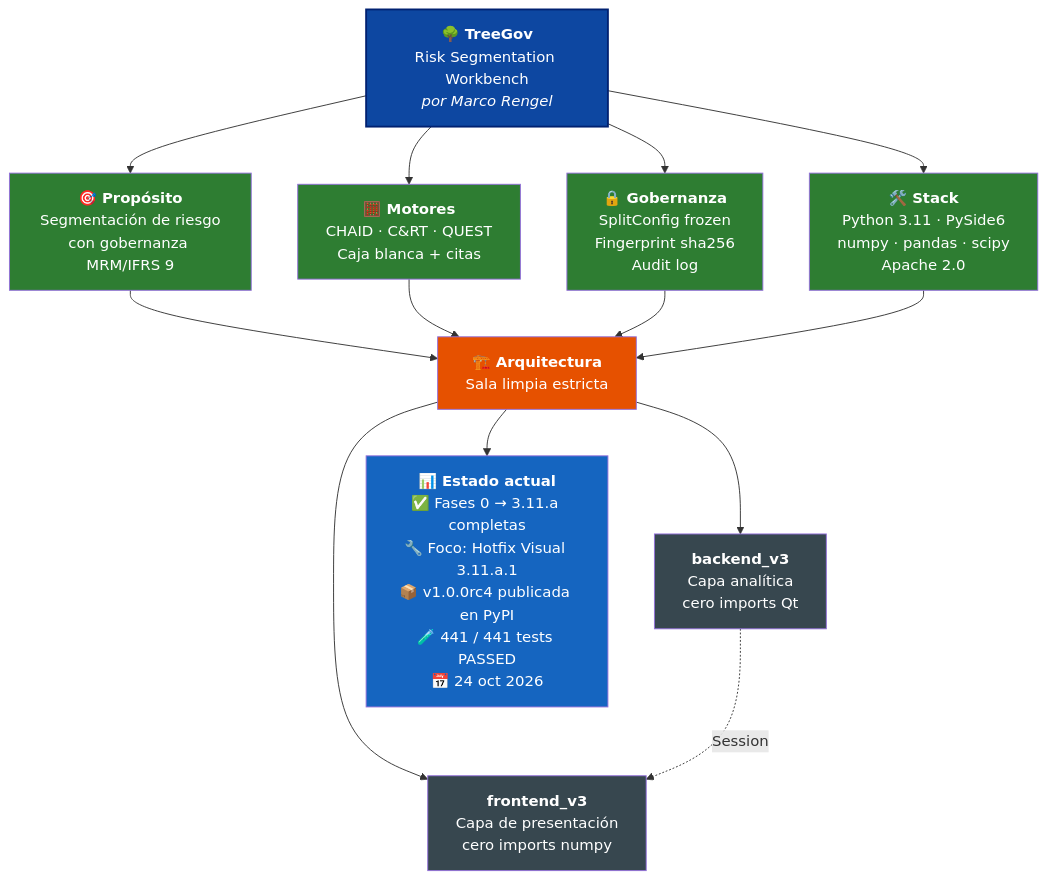
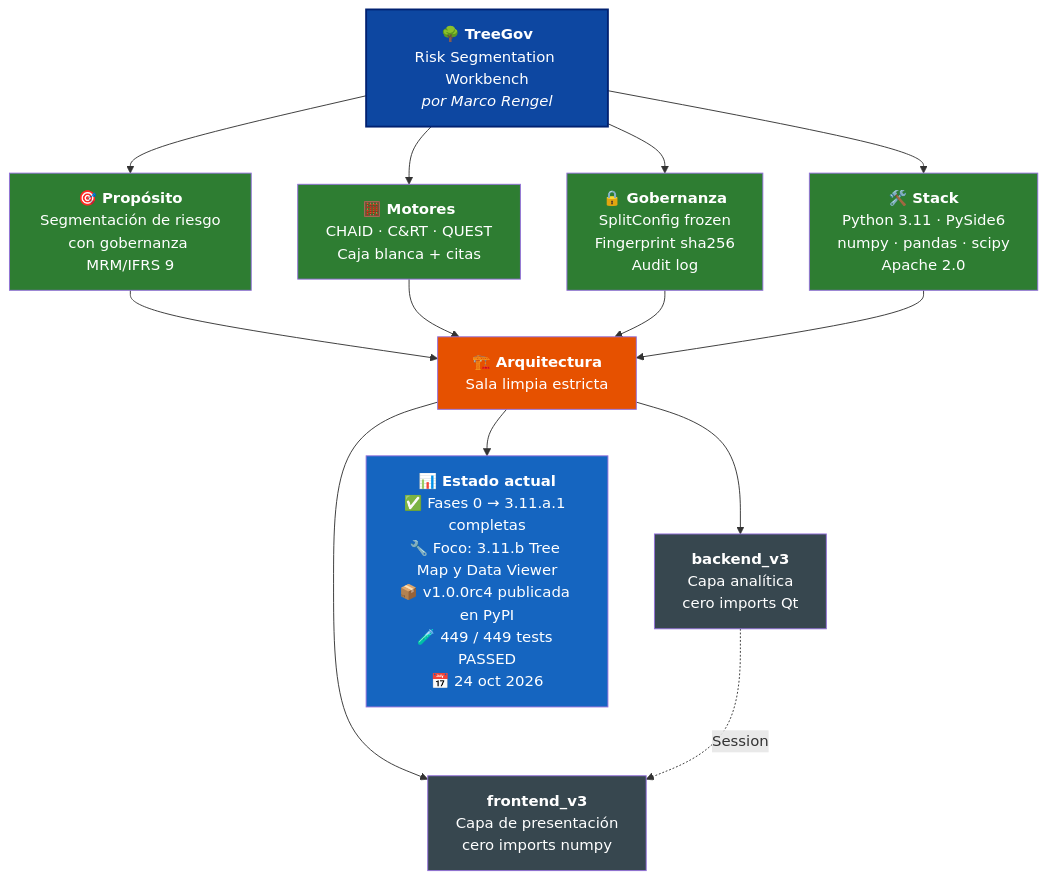
One commit to Marco-Rengel/treegov changed the diagram in README.es.md. Above: the diagram before and after it, drawn with Mermaid. The commit also changed other lines of this file and 13 other files, not shown here.

````diff
--- a/README.es.md
+++ b/README.es.md
@@ -36,31 +36,31 @@
 ```mermaid
 flowchart TB
     TG["<b>🌳 TreeGov</b><br/>Risk Segmentation Workbench<br/><i>por Marco Rengel</i>"]
 
     TG --> P["<b>🎯 Propósito</b><br/>Segmentación de riesgo<br/>con gobernanza MRM/IFRS 9"]
     TG --> M["<b>🧮 Motores</b><br/>CHAID · C&RT · QUEST<br/>Caja blanca + citas"]
     TG --> G["<b>🔒 Gobernanza</b><br/>SplitConfig frozen<br/>Fingerprint sha256<br/>Audit log"]
     TG --> S["<b>🛠️ Stack</b><br/>Python 3.11 · PySide6<br/>numpy · pandas · scipy<br/>Apache 2.0"]
 
     P --> ARQ["<b>🏗️ Arquitectura</b><br/>Sala limpia estricta"]
     M --> ARQ
     G --> ARQ
     S --> ARQ
 
     ARQ --> BE["<b>backend_v3</b><br/>Capa analítica<br/>cero imports Qt"]
     ARQ --> FE["<b>frontend_v3</b><br/>Capa de presentación<br/>cero imports numpy"]
 
     BE -.->|Session| FE
 
-    ARQ --> ST["<b>📊 Estado actual</b><br/>✅ Fases 0 → 3.11.a completas<br/>🔧 Foco: Hotfix Visual 3.11.a.1<br/>📦 v1.0.0rc4 publicada en PyPI<br/>🧪 441 / 441 tests PASSED<br/>📅 24 oct 2026"]
+    ARQ --> ST["<b>📊 Estado actual</b><br/>✅ Fases 0 → 3.11.a.1 completas<br/>🔧 Foco: 3.11.b Tree Map y Data Viewer<br/>📦 v1.0.0rc4 publicada en PyPI<br/>🧪 449 / 449 tests PASSED<br/>📅 24 oct 2026"]
 
     style TG fill:#0D47A1,color:#fff,stroke:#002171,stroke-width:2px
     style P fill:#2E7D32,color:#fff
     style M fill:#2E7D32,color:#fff
     style G fill:#2E7D32,color:#fff
     style S fill:#2E7D32,color:#fff
     style ARQ fill:#E65100,color:#fff
     style BE fill:#37474F,color:#fff
     style FE fill:#37474F,color:#fff
     style ST fill:#1565C0,color:#fff
 ```
````
